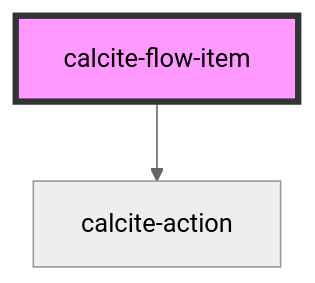
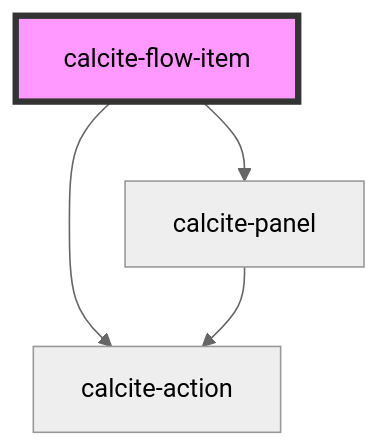
One commit to Esri/calcite-app-components changed the diagram in src/components/calcite-flow-item/readme.md. Above: the diagram before and after it, drawn with Mermaid (neutral theme). The commit also changed other lines of this file and 7 other files, not shown here.

````diff
--- a/src/components/calcite-flow-item/readme.md
+++ b/src/components/calcite-flow-item/readme.md
@@ -42,5 +43,7 @@
 ```mermaid
 graph TD;
   calcite-flow-item --> calcite-action
+  calcite-flow-item --> calcite-panel
+  calcite-panel --> calcite-action
   style calcite-flow-item fill:#f9f,stroke:#333,stroke-width:4px
 ```
````
